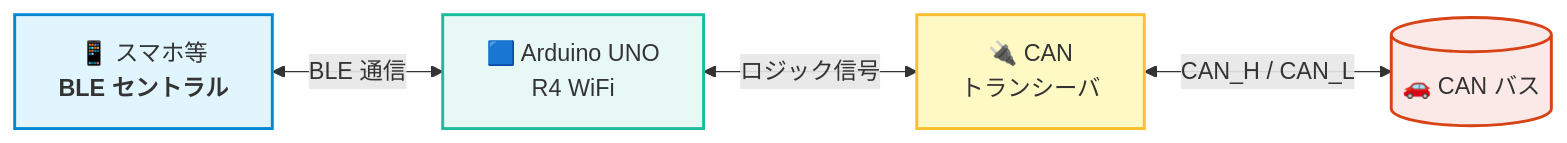
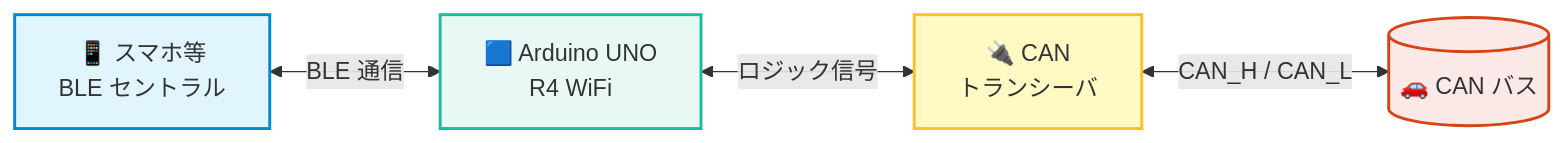
Before and after one commit to shiomachisoft/R4_BleCanBrg: the second of 4 diagrams in docs/ja/manual.md, drawn with Mermaid. The commit also changed other lines of this file and 2 other files, not shown here.

Commit message:
Minor docs fix

````diff
--- a/docs/ja/manual.md
+++ b/docs/ja/manual.md
@@ -76,16 +76,16 @@
 ```mermaid
 flowchart LR
-    Central["📱 スマホ等<br><b>BLE セントラル</b>"]
+    Central["📱 スマホ等<br>BLE セントラル"]
     UNO["🟦 Arduino UNO<br>R4 WiFi"]
     Trx["🔌 CAN<br>トランシーバ"]
     Bus[("🚗 CAN バス")]
 
     Central <-->|BLE 通信| UNO
     UNO <-->|ロジック信号| Trx
     Trx <-->|CAN_H / CAN_L| Bus
 
     style Central fill:#e1f5fe,stroke:#0288d1,stroke-width:2px
     style UNO fill:#e8f8f5,stroke:#1abc9c,stroke-width:2px
     style Trx fill:#fff9c4,stroke:#fbc02d,stroke-width:2px
     style Bus fill:#fbe9e7,stroke:#d84315,stroke-width:2px
 ```
````
